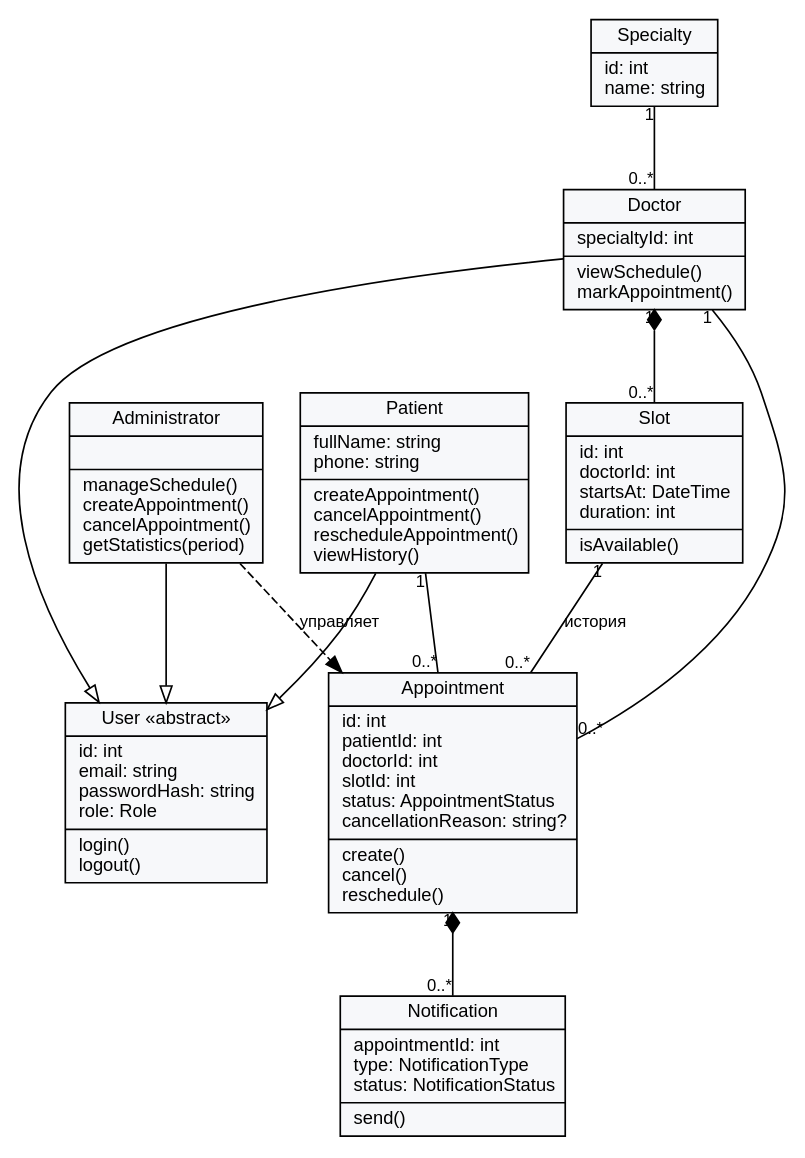
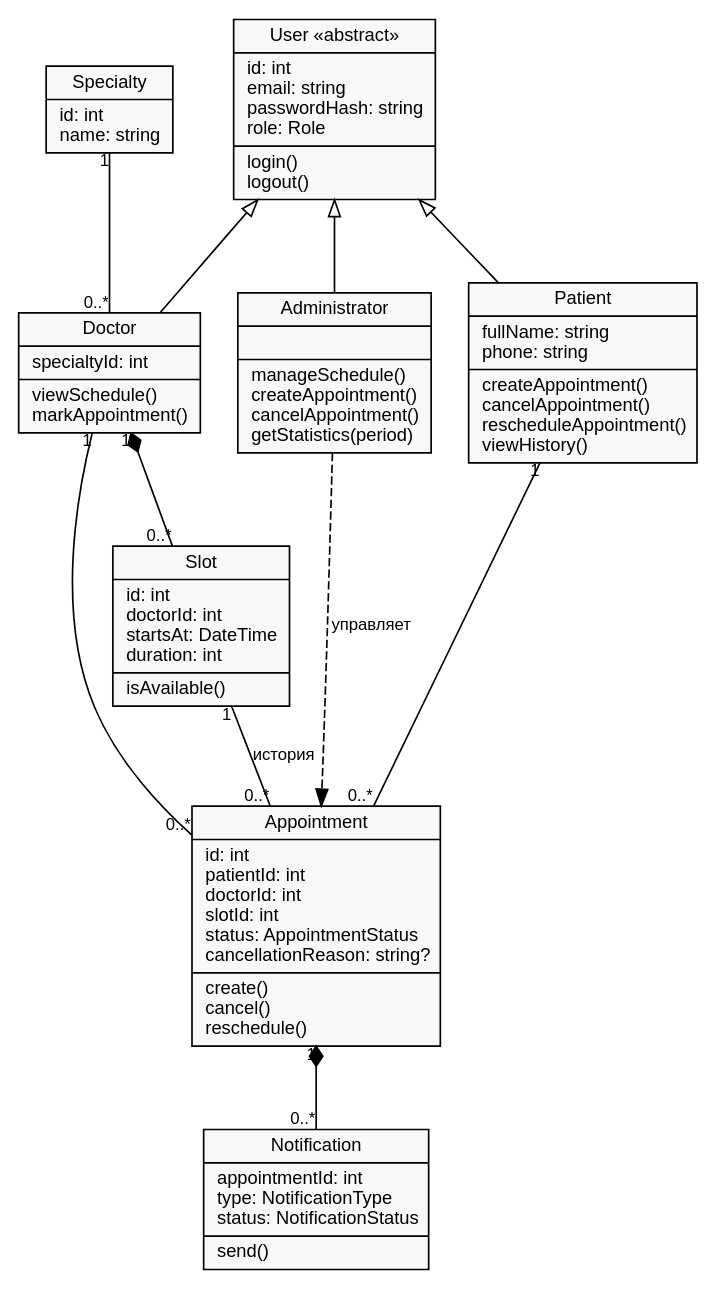
Before and after one commit to 2lotrouble/doctor-appointment-software-engineering: the diagram in docs/diagrams/classes.dot, drawn with Graphviz. The commit also changed 8 other files, not shown here.

Commit message:
Уточнена UML последовательность и проверено оформление документов

```diff
--- a/docs/diagrams/classes.dot
+++ b/docs/diagrams/classes.dot
@@ -1,1 +1,1 @@
-digraph G {graph[rankdir=TB,bgcolor=white,nodesep=.3,ranksep=.65];node[shape=record,fontname="Arial",fontsize=11,style=filled,fillcolor="#F7F8FA"];edge[fontname="Arial",fontsize=10];User[label="{User «abstract»|id: int\lemail: string\lpasswordHash: string\lrole: Role\l|login()\llogout()\l}"];Patient[label="{Patient|fullName: string\lphone: string\l|createAppointment()\lcancelAppointment()\lrescheduleAppointment()\lviewHistory()\l}"];Doctor[label="{Doctor|specialtyId: int\l|viewSchedule()\lmarkAppointment()\l}"];Administrator[label="{Administrator||manageSchedule()\lcreateAppointment()\lcancelAppointment()\lgetStatistics(period)\l}"];Specialty[label="{Specialty|id: int\lname: string\l}"];Slot[label="{Slot|id: int\ldoctorId: int\lstartsAt: DateTime\lduration: int\l|isAvailable()\l}"];Appointment[label="{Appointment|id: int\lpatientId: int\ldoctorId: int\lslotId: int\lstatus: AppointmentStatus\lcancellationReason: string?\l|create()\lcancel()\lreschedule()\l}"];Notification[label="{Notification|appointmentId: int\ltype: NotificationType\lstatus: NotificationStatus\l|send()\l}"];Patient->User[arrowhead=empty];Doctor->User[arrowhead=empty];Administrator->User[arrowhead=empty];Patient->Appointment[dir=none,taillabel="1",headlabel="0..*"];Doctor->Appointment[dir=none,taillabel="1",headlabel="0..*"];Doctor->Slot[dir=both,arrowtail=diamond,arrowhead=none,taillabel="1",headlabel="0..*"];Specialty->Doctor[dir=none,taillabel="1",headlabel="0..*"];Slot->Appointment[dir=none,taillabel="1",headlabel="0..*",label="история"];Appointment->Notification[dir=both,arrowtail=diamond,arrowhead=none,taillabel="1",headlabel="0..*"];Administrator->Appointment[style=dashed,label="управляет"]; }
+digraph G {graph[rankdir=TB,bgcolor=white,nodesep=.3,ranksep=.65];node[shape=record,fontname="Arial",fontsize=11,style=filled,fillcolor="#F7F8FA"];edge[fontname="Arial",fontsize=10];User[label="{User «abstract»|id: int\lemail: string\lpasswordHash: string\lrole: Role\l|login()\llogout()\l}"];Patient[label="{Patient|fullName: string\lphone: string\l|createAppointment()\lcancelAppointment()\lrescheduleAppointment()\lviewHistory()\l}"];Doctor[label="{Doctor|specialtyId: int\l|viewSchedule()\lmarkAppointment()\l}"];Administrator[label="{Administrator||manageSchedule()\lcreateAppointment()\lcancelAppointment()\lgetStatistics(period)\l}"];Specialty[label="{Specialty|id: int\lname: string\l}"];Slot[label="{Slot|id: int\ldoctorId: int\lstartsAt: DateTime\lduration: int\l|isAvailable()\l}"];Appointment[label="{Appointment|id: int\lpatientId: int\ldoctorId: int\lslotId: int\lstatus: AppointmentStatus\lcancellationReason: string?\l|create()\lcancel()\lreschedule()\l}"];Notification[label="{Notification|appointmentId: int\ltype: NotificationType\lstatus: NotificationStatus\l|send()\l}"];User->Patient[dir=back,arrowtail=empty];User->Doctor[dir=back,arrowtail=empty];User->Administrator[dir=back,arrowtail=empty];{rank=same;Patient;Doctor;Administrator;}{rank=same;User;Specialty;}Patient->Appointment[dir=none,taillabel="1",headlabel="0..*"];Doctor->Appointment[dir=none,taillabel="1",headlabel="0..*"];Doctor->Slot[dir=both,arrowtail=diamond,arrowhead=none,taillabel="1",headlabel="0..*"];Specialty->Doctor[dir=none,taillabel="1",headlabel="0..*"];Slot->Appointment[dir=none,taillabel="1",headlabel="0..*",label="история"];Appointment->Notification[dir=both,arrowtail=diamond,arrowhead=none,taillabel="1",headlabel="0..*"];Administrator->Appointment[style=dashed,label="управляет"]; }
```
